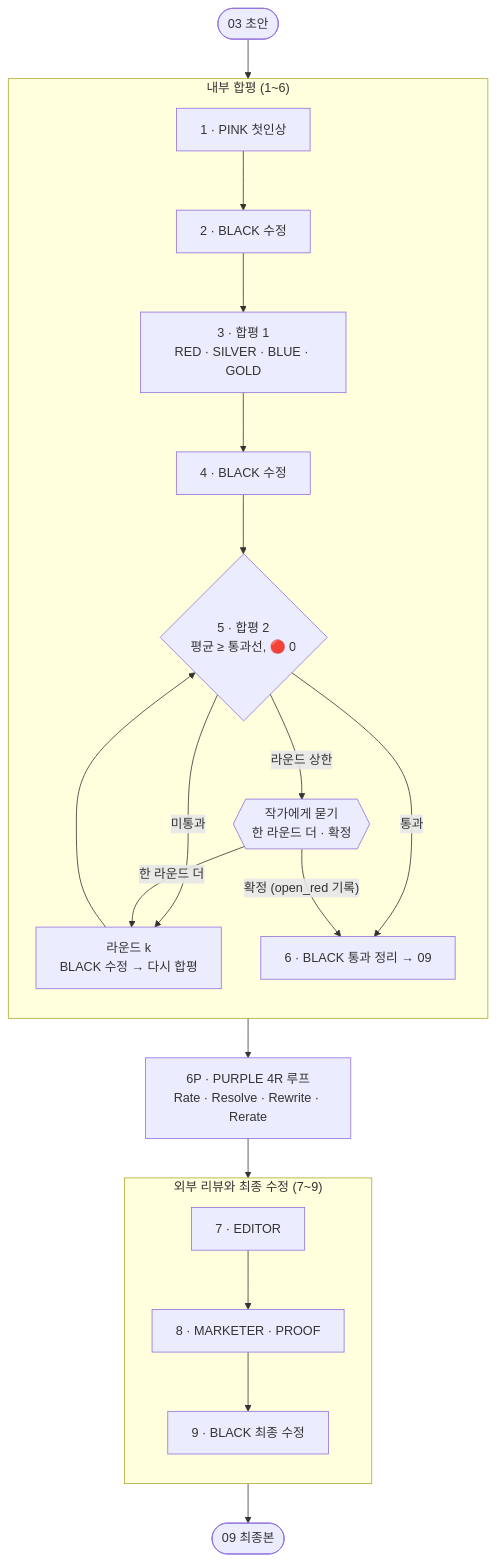
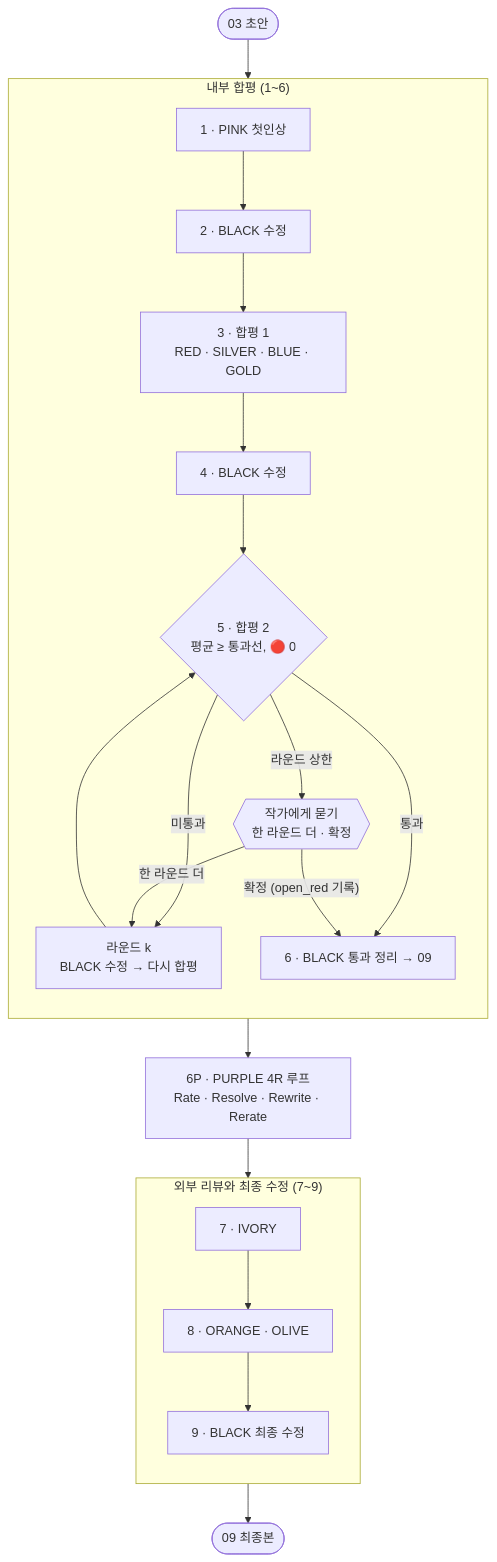
Before and after one commit to bookroasting/novel-writing: the second of 4 diagrams in README.md, drawn with Mermaid. The commit also changed other lines of this file and 11 other files, not shown here.

````diff
--- a/README.md
+++ b/README.md
@@ -90,28 +90,28 @@
 ```mermaid
 flowchart TB
     D1(["03 초안"]) --> P1
 
     subgraph IN["내부 합평 (1~6)"]
         direction TB
         P1["1 · PINK 첫인상"] --> W2["2 · BLACK 수정"]
         W2 --> E3["3 · 합평 1<br/>RED · SILVER · BLUE · GOLD"]
         E3 --> W4["4 · BLACK 수정"]
         W4 --> E5{"5 · 합평 2<br/>평균 ≥ 통과선, 🔴 0"}
         E5 -- "미통과" --> RK["라운드 k<br/>BLACK 수정 → 다시 합평"]
         RK --> E5
         E5 -- "라운드 상한" --> G{{"작가에게 묻기<br/>한 라운드 더 · 확정"}}
         G -- "한 라운드 더" --> RK
         E5 -- "통과" --> F6["6 · BLACK 통과 정리 → 09"]
         G -- "확정 (open_red 기록)" --> F6
     end
 
     subgraph EX["외부 리뷰와 최종 수정 (7~9)"]
         direction TB
-        X7["7 · EDITOR"] --> X8["8 · MARKETER · PROOF"]
+        X7["7 · IVORY"] --> X8["8 · ORANGE · OLIVE"]
         X8 --> F9["9 · BLACK 최종 수정"]
     end
 
     F6 --> PU["6P · PURPLE 4R 루프<br/>Rate · Resolve · Rewrite · Rerate"]
     PU --> X7
     F9 --> OUT(["09 최종본"])
 ```
````
